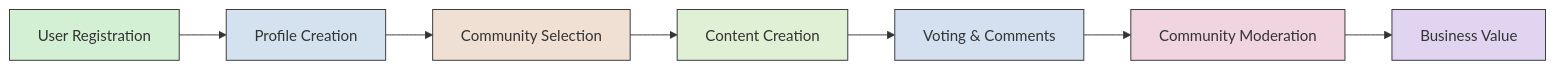
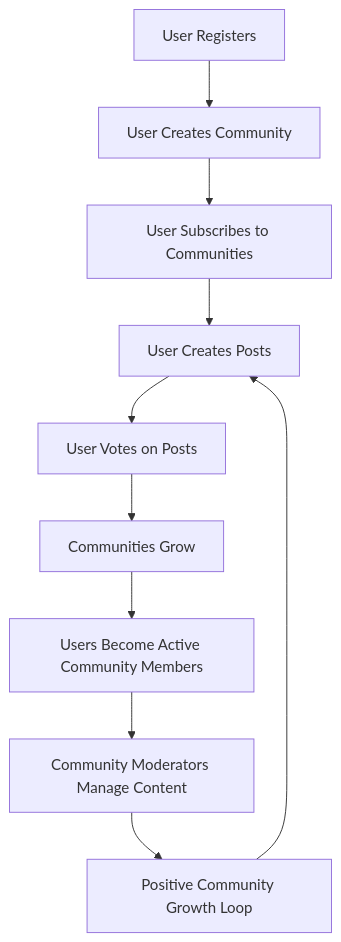
Before and after one commit to wrtnlabs/autobe-examples: the diagram in qwen/qwen3-30b-a3b-thinking-2507/reddit/docs/analysis/01-service-overview.md, drawn with Mermaid. The commit also changed other lines of this file and 11104 other files, not shown here.

````diff
--- a/qwen/qwen3-30b-a3b-thinking-2507/reddit/docs/analysis/01-service-overview.md
+++ b/qwen/qwen3-30b-a3b-thinking-2507/reddit/docs/analysis/01-service-overview.md
@@ -211,16 +244,12 @@
 ```mermaid
-graph LR
-  A[User Registration] --> B[Profile Creation]
-  B --> C[Community Selection]
-  C --> D[Content Creation]
-  D --> E[Voting & Comments]
-  E --> F[Community Moderation]
-  F --> G[Business Value]
-  style A fill:#d4f0d4,stroke:#333
-  style B fill:#d4e2f0,stroke:#333
-  style C fill:#f0e0d4,stroke:#333
-  style D fill:#e0f0d4,stroke:#333
-  style E fill:#d4e0f0,stroke:#333
-  style F fill:#f0d4e0,stroke:#333
-  style G fill:#e0d4f0,stroke:#333
+graph TD
+    A[User Registers] --> B[User Creates Community]
+    B --> C[User Subscribes to Communities]
+    C --> D[User Creates Posts]
+    D --> E[User Votes on Posts]
+    E --> F[Communities Grow]
+    F --> G[Users Become Active Community Members]
+    G --> H[Community Moderators Manage Content]
+    H --> I[Positive Community Growth Loop]
+    I --> D
 ```
````
